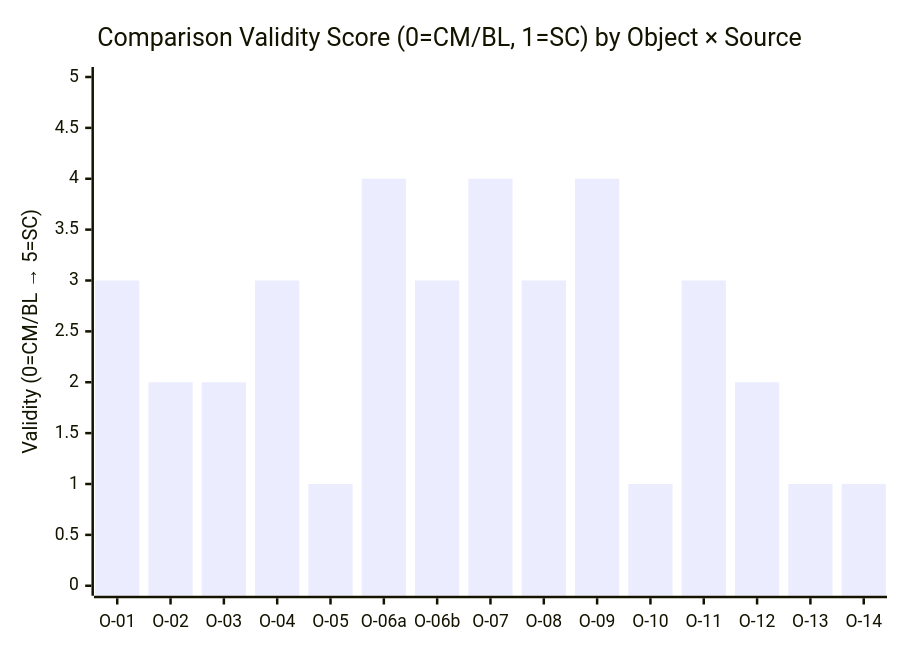
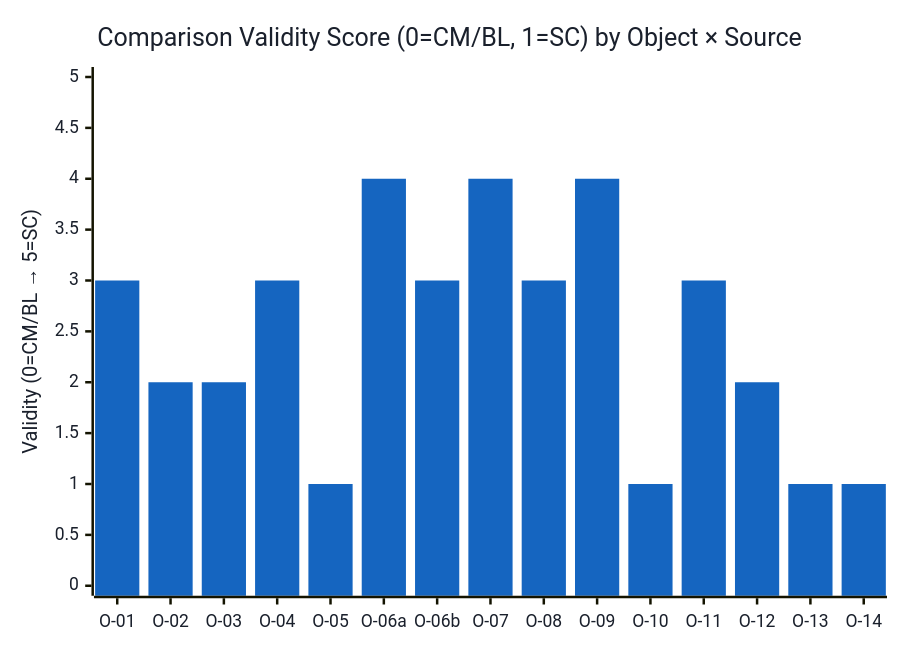
Before and after one commit to Bogersebekov/jetix-os: the second of 2 diagrams in reports/phase-0-fpf-scope/diagrams/02-comparison-matrix-visual.md, drawn with Mermaid. The commit also changed other lines of this file and 4 other files, not shown here.

Commit message:
[phase-0][diagrams] fix contrast — explicit color:#1a202c в classDef + themeVariables init для всех 5 диаграмм (dark theme readability)

````diff
--- a/reports/phase-0-fpf-scope/diagrams/02-comparison-matrix-visual.md
+++ b/reports/phase-0-fpf-scope/diagrams/02-comparison-matrix-visual.md
@@ -46,7 +47,8 @@
 ```mermaid
+%%{init: {'theme':'base','themeVariables':{'fontFamily':'Inter, system-ui, sans-serif','primaryTextColor':'#1a202c','xyChart':{'titleColor':'#1a202c','xAxisLabelColor':'#1a202c','yAxisLabelColor':'#1a202c','xAxisTitleColor':'#1a202c','yAxisTitleColor':'#1a202c','plotColorPalette':'#1565c0'}}}}%%
 xychart-beta
     title "Comparison Validity Score (0=CM/BL, 1=SC) by Object × Source"
     x-axis ["O-01","O-02","O-03","O-04","O-05","O-06a","O-06b","O-07","O-08","O-09","O-10","O-11","O-12","O-13","O-14"]
     y-axis "Validity (0=CM/BL → 5=SC)" 0 --> 5
     bar [3, 2, 2, 3, 1, 4, 3, 4, 3, 4, 1, 3, 2, 1, 1]
 ```
````
